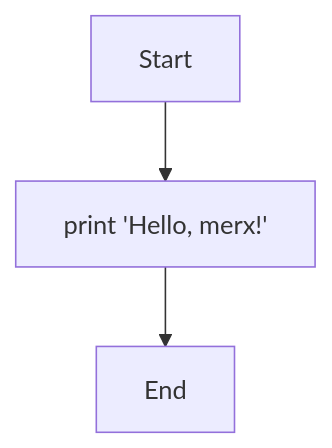
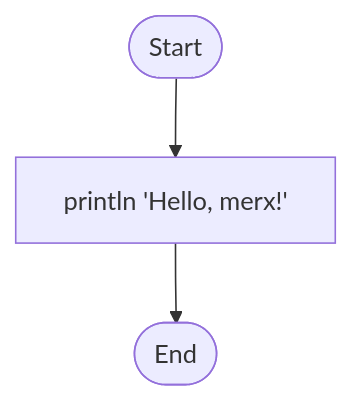
One commit to koki-develop/merx changed the diagram in README.md. Above: the diagram before and after it, drawn with Mermaid. The commit also changed 8 other files, not shown here.

````diff
--- a/README.md
+++ b/README.md
@@ -16,6 +16,6 @@
 ```mermaid
 %% hello.mmd
 flowchart TD
-    Start --> A[print 'Hello, merx!']
-    A --> End
+    Start([Start]) --> A[println 'Hello, merx!']
+    A --> End([End])
 ```
````
